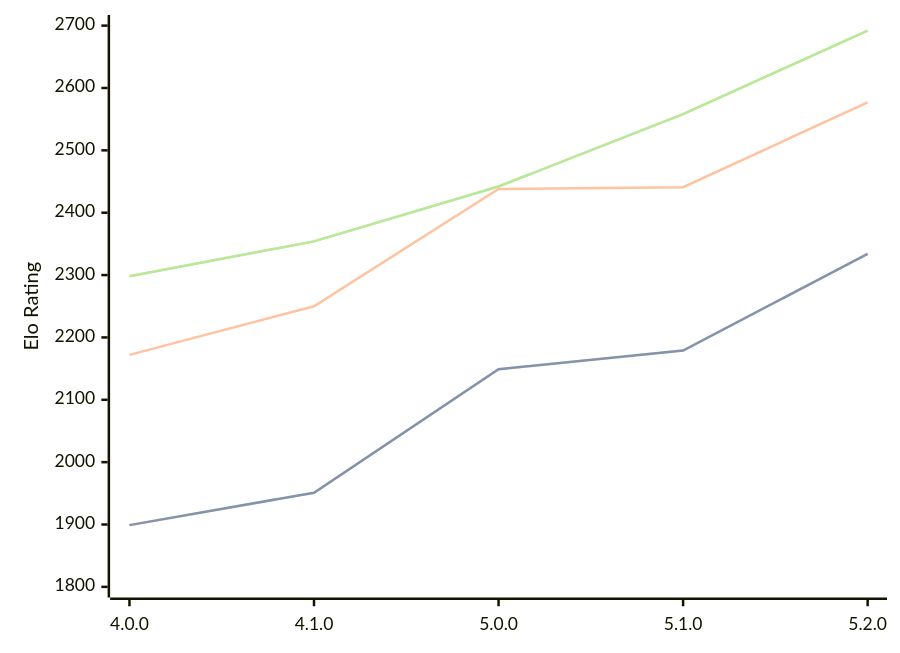
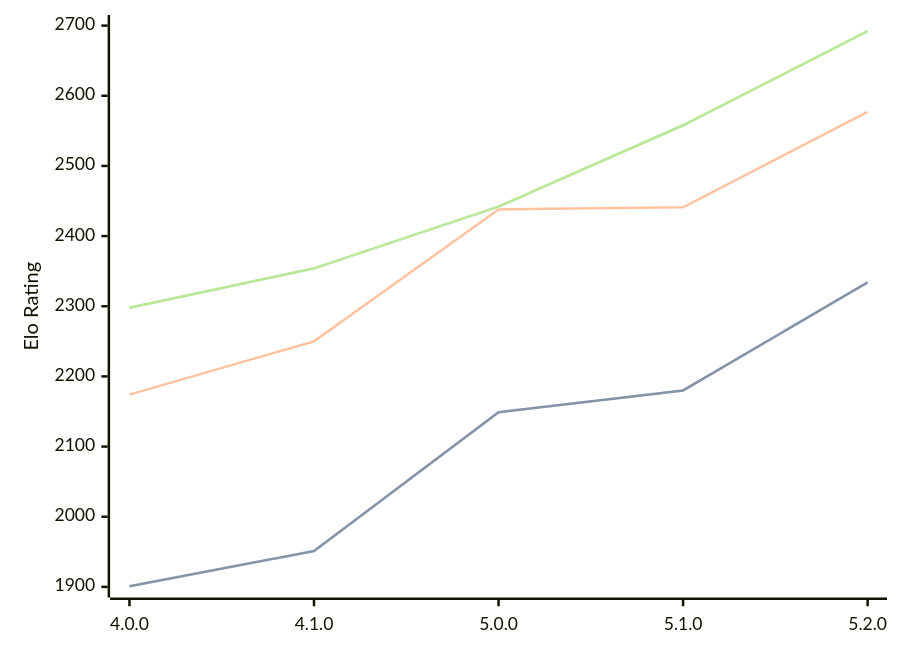
Before and after one commit to computer-chess-index/cci: the diagram in engines/Aconcagua.md, drawn with Mermaid. The commit also changed other lines of this file, not shown here.

Commit message:
Update CCI Ratings (ELO VLTC) - 2026-08-01

````diff
--- a/engines/Aconcagua.md
+++ b/engines/Aconcagua.md
@@ -44,11 +44,11 @@
 ```mermaid
 %%{init: {"theme":"base","themeVariables":{"seriesColors:['#a3a3a3','#222221','#faa371']}}}%%
 xychart-beta
   x-axis ["4.0.0", "4.1.0", "5.0.0", "5.1.0", "5.2.0"]
-  y-axis "Elo Rating" 1800 --> 2700
-  line "STC (8.0+0.08s)" [1899, 1951, 2149, 2179, 2334]
-  line "STC (8.0+0.08s)" [1899, 1951, 2149, 2179, 2334]
-  line "LTC (60.0+0.60s)" [2172, 2250, 2438, 2441, 2577]
+  y-axis "Elo Rating" 1900 --> 2700
+  line "STC (8.0+0.08s)" [1901, 1951, 2149, 2180, 2334]
+  line "STC (8.0+0.08s)" [1901, 1951, 2149, 2180, 2334]
+  line "LTC (60.0+0.60s)" [2174, 2250, 2438, 2441, 2577]
   line "VLTC (2m24s+1.12s)" [2298, 2354, 2442, 2558, 2692]
   line "VLTC (2m24s+1.12s)" [2298, 2354, 2442, 2558, 2692]
 ```
````
